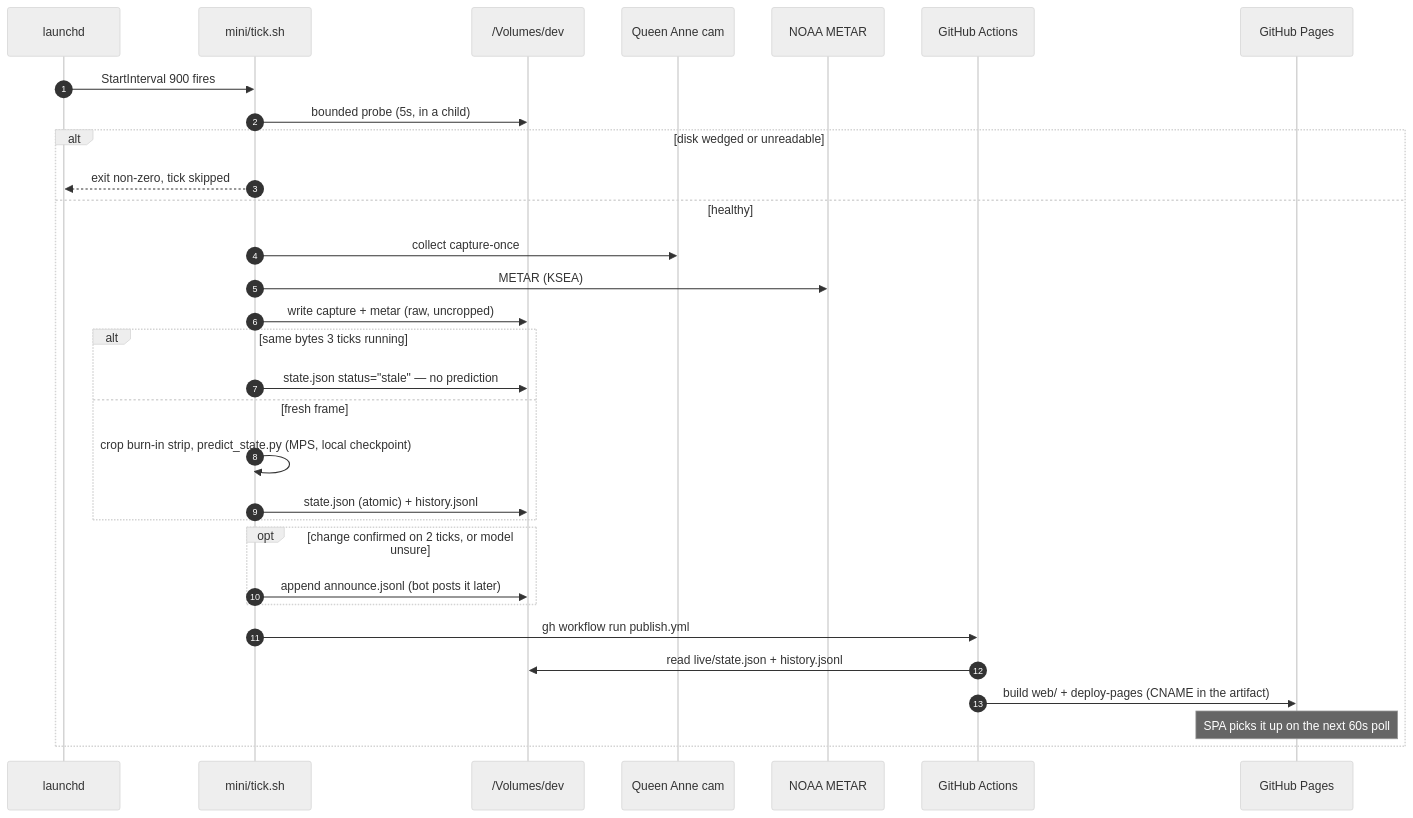
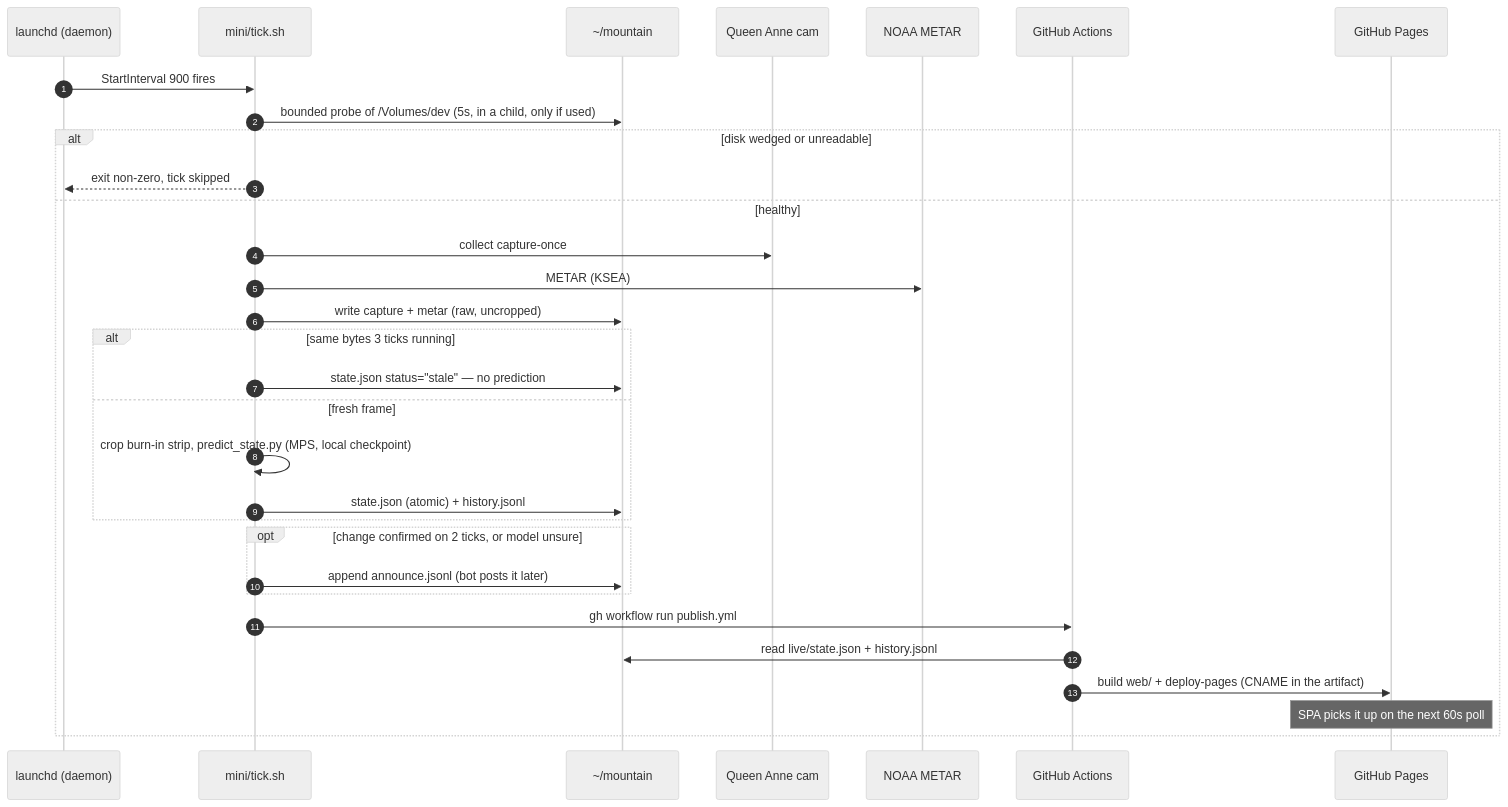
Before and after one commit to robogeosociety/is-the-mountain-out: the second of 3 diagrams in README.md, drawn with Mermaid (neutral theme). The commit also changed other lines of this file and 18 other files, not shown here.

````diff
--- a/README.md
+++ b/README.md
@@ -133,34 +156,34 @@
 ```mermaid
 sequenceDiagram
   autonumber
-  participant L as launchd
+  participant L as launchd (daemon)
   participant T as mini/tick.sh
-  participant D as /Volumes/dev
+  participant D as ~/mountain
   participant Cam as Queen Anne cam
   participant M as NOAA METAR
   participant A as GitHub Actions
   participant P as GitHub Pages
 
   L->>T: StartInterval 900 fires
-  T->>D: bounded probe (5s, in a child)
+  T->>D: bounded probe of /Volumes/dev (5s, in a child, only if used)
   alt disk wedged or unreadable
     T-->>L: exit non-zero, tick skipped
   else healthy
     T->>Cam: collect capture-once
     T->>M: METAR (KSEA)
     T->>D: write capture + metar (raw, uncropped)
     alt same bytes 3 ticks running
       T->>D: state.json status="stale" — no prediction
     else fresh frame
       T->>T: crop burn-in strip, predict_state.py (MPS, local checkpoint)
       T->>D: state.json (atomic) + history.jsonl
     end
     opt change confirmed on 2 ticks, or model unsure
       T->>D: append announce.jsonl (bot posts it later)
     end
     T->>A: gh workflow run publish.yml
     A->>D: read live/state.json + history.jsonl
     A->>P: build web/ + deploy-pages (CNAME in the artifact)
     Note over P: SPA picks it up on the next 60s poll
   end
 ```
````
